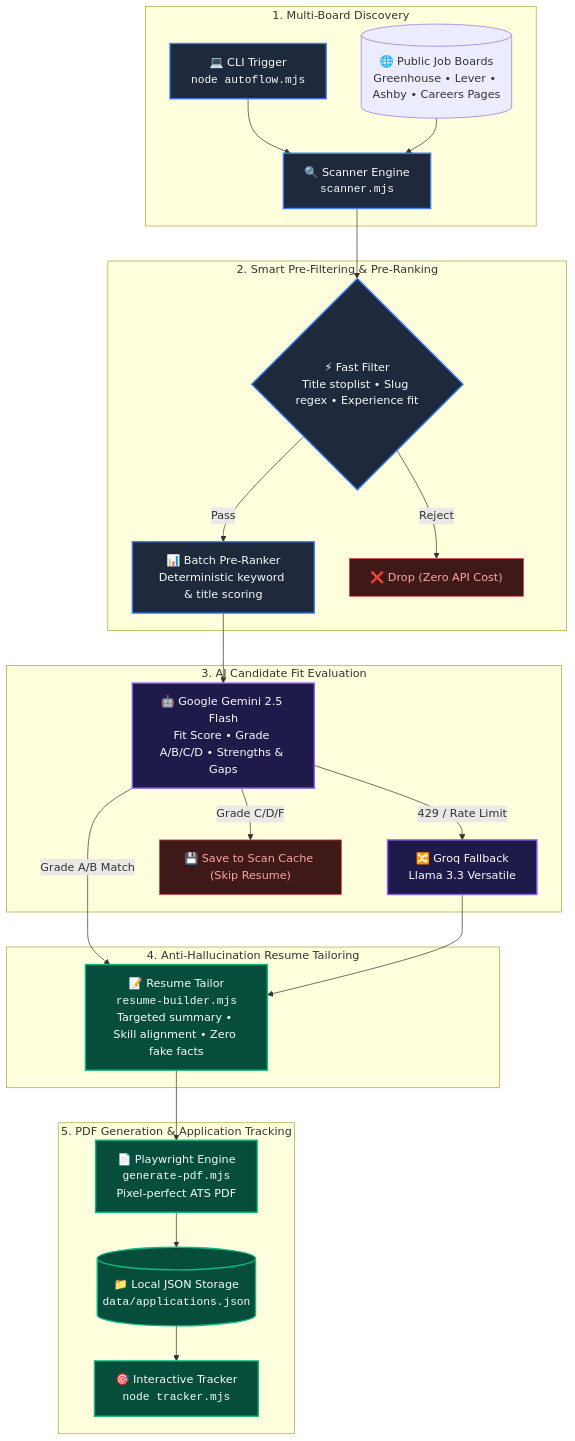
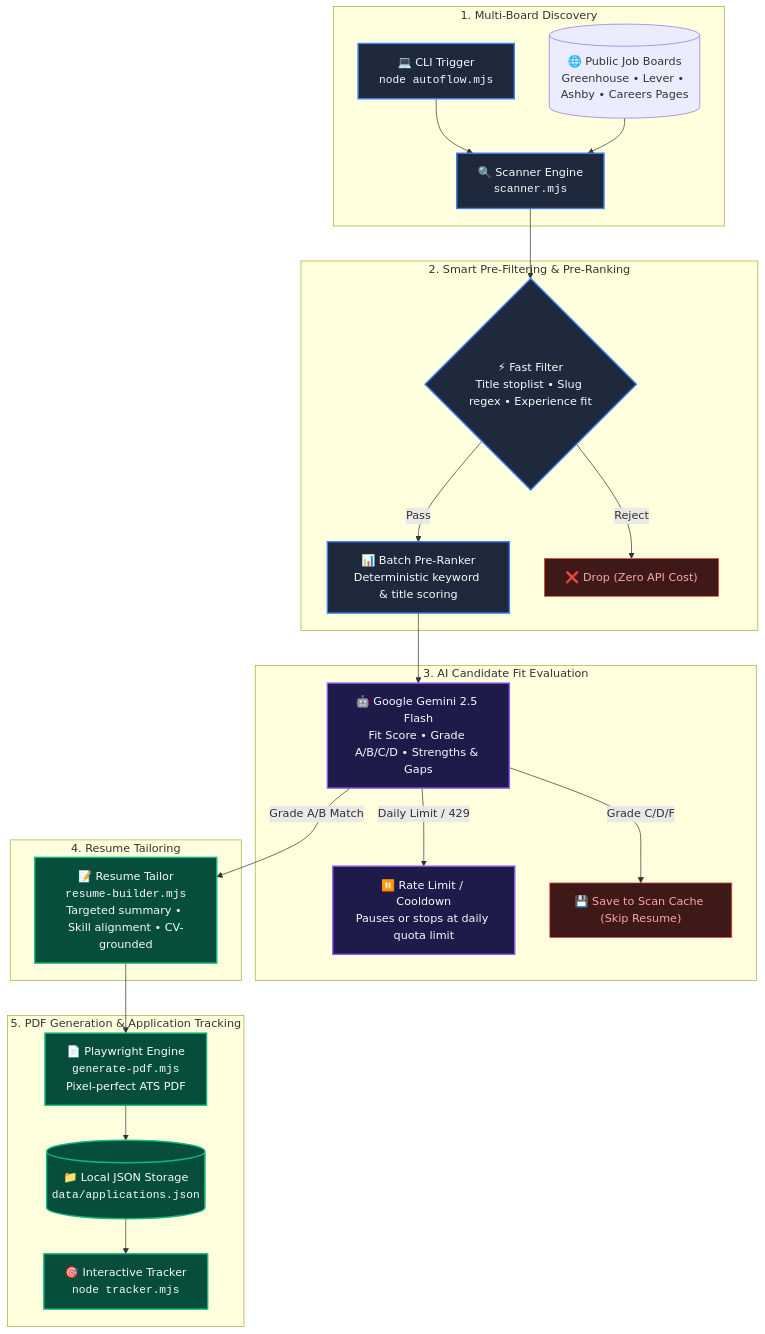
Before and after one commit to anshuldeoli04/JOB-OPS: the diagram in README.md, drawn with Mermaid. The commit also changed other lines of this file and 17 other files, not shown here.

````diff
--- a/README.md
+++ b/README.md
@@ -13,40 +13,39 @@
 ```mermaid
 flowchart TD
     subgraph S1["1. Multi-Board Discovery"]
         CLI["💻 CLI Trigger<br/><code>node autoflow.mjs</code>"] --> SCAN["🔍 Scanner Engine<br/><code>scanner.mjs</code>"]
         BOARDS[("🌐 Public Job Boards<br/>Greenhouse • Lever • Ashby • Careers Pages")] --> SCAN
     end
 
     subgraph S2["2. Smart Pre-Filtering & Pre-Ranking"]
         SCAN --> FILTER{"⚡ Fast Filter<br/>Title stoplist • Slug regex • Experience fit"}
         FILTER -- "Pass" --> RANK["📊 Batch Pre-Ranker<br/>Deterministic keyword & title scoring"]
         FILTER -- "Reject" --> DROP1["❌ Drop (Zero API Cost)"]
     end
 
     subgraph S3["3. AI Candidate Fit Evaluation"]
         RANK --> GEMINI["🤖 Google Gemini 2.5 Flash<br/>Fit Score • Grade A/B/C/D • Strengths & Gaps"]
-        GEMINI -- "429 / Rate Limit" --> GROQ["🔀 Groq Fallback<br/>Llama 3.3 Versatile"]
+        GEMINI -- "Daily Limit / 429" --> PAUSE["⏸️ Rate Limit / Cooldown<br/>Pauses or stops at daily quota limit"]
         GEMINI -- "Grade C/D/F" --> DROP2["💾 Save to Scan Cache (Skip Resume)"]
     end
 
-    subgraph S4["4. Anti-Hallucination Resume Tailoring"]
-        GEMINI -- "Grade A/B Match" --> TAILOR["📝 Resume Tailor<br/><code>resume-builder.mjs</code><br/>Targeted summary • Skill alignment • Zero fake facts"]
-        GROQ --> TAILOR
+    subgraph S4["4. Resume Tailoring"]
+        GEMINI -- "Grade A/B Match" --> TAILOR["📝 Resume Tailor<br/><code>resume-builder.mjs</code><br/>Targeted summary • Skill alignment • CV-grounded"]
     end
 
     subgraph S5["5. PDF Generation & Application Tracking"]
         TAILOR --> PDF["📄 Playwright Engine<br/><code>generate-pdf.mjs</code><br/>Pixel-perfect ATS PDF"]
         PDF --> DATA[("📁 Local JSON Storage<br/><code>data/applications.json</code>")]
         DATA --> TRACKER["🎯 Interactive Tracker<br/><code>node tracker.mjs</code>"]
     end
 
     classDef primary fill:#1e293b,stroke:#3b82f6,stroke-width:2px,color:#f8fafc;
     classDef ai fill:#1e1b4b,stroke:#8b5cf6,stroke-width:2px,color:#f8fafc;
     classDef success fill:#064e3b,stroke:#10b981,stroke-width:2px,color:#f8fafc;
     classDef drop fill:#3f1818,stroke:#ef4444,stroke-width:1px,color:#fca5a5;
 
     class CLI,SCAN,FILTER,RANK primary;
-    class GEMINI,GROQ ai;
+    class GEMINI,PAUSE ai;
     class TAILOR,PDF,DATA,TRACKER success;
     class DROP1,DROP2 drop;
 ```
````
